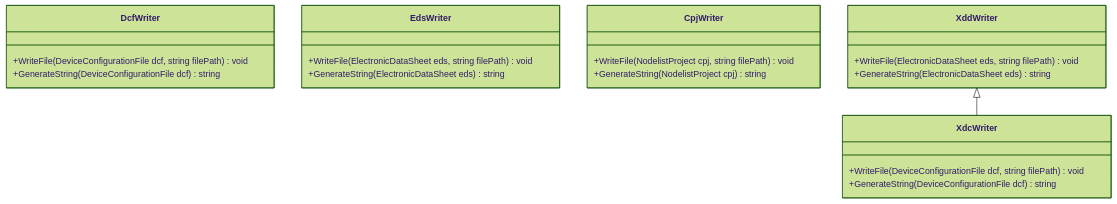
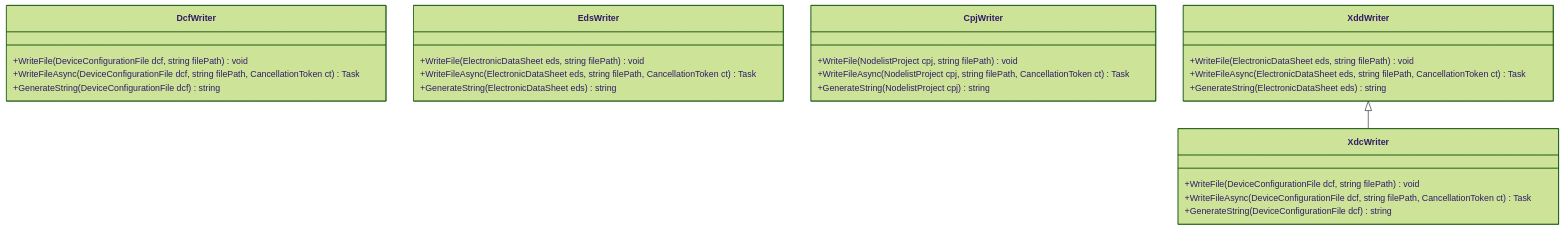
Before and after one commit to dborgards/eds-dcf-net: the third of 7 diagrams in docs/architecture/05-building-block-view.md, drawn with Mermaid (forest theme). The commit also changed other lines of this file and 27 other files, not shown here.

First line of the commit message:
feat(io): add async read/write APIs for CANopen files (#94)

````diff
--- a/docs/architecture/05-building-block-view.md
+++ b/docs/architecture/05-building-block-view.md
@@ -120,29 +127,34 @@
 ```mermaid
 classDiagram
     class DcfWriter {
         +WriteFile(DeviceConfigurationFile dcf, string filePath) void
+        +WriteFileAsync(DeviceConfigurationFile dcf, string filePath, CancellationToken ct) Task
         +GenerateString(DeviceConfigurationFile dcf) string
     }
 
     class EdsWriter {
         +WriteFile(ElectronicDataSheet eds, string filePath) void
+        +WriteFileAsync(ElectronicDataSheet eds, string filePath, CancellationToken ct) Task
         +GenerateString(ElectronicDataSheet eds) string
     }
 
     class CpjWriter {
         +WriteFile(NodelistProject cpj, string filePath) void
+        +WriteFileAsync(NodelistProject cpj, string filePath, CancellationToken ct) Task
         +GenerateString(NodelistProject cpj) string
     }
 
     class XddWriter {
         +WriteFile(ElectronicDataSheet eds, string filePath) void
+        +WriteFileAsync(ElectronicDataSheet eds, string filePath, CancellationToken ct) Task
         +GenerateString(ElectronicDataSheet eds) string
     }
 
     class XdcWriter {
         +WriteFile(DeviceConfigurationFile dcf, string filePath) void
+        +WriteFileAsync(DeviceConfigurationFile dcf, string filePath, CancellationToken ct) Task
         +GenerateString(DeviceConfigurationFile dcf) string
     }
 
     XddWriter <|-- XdcWriter
 ```
````
